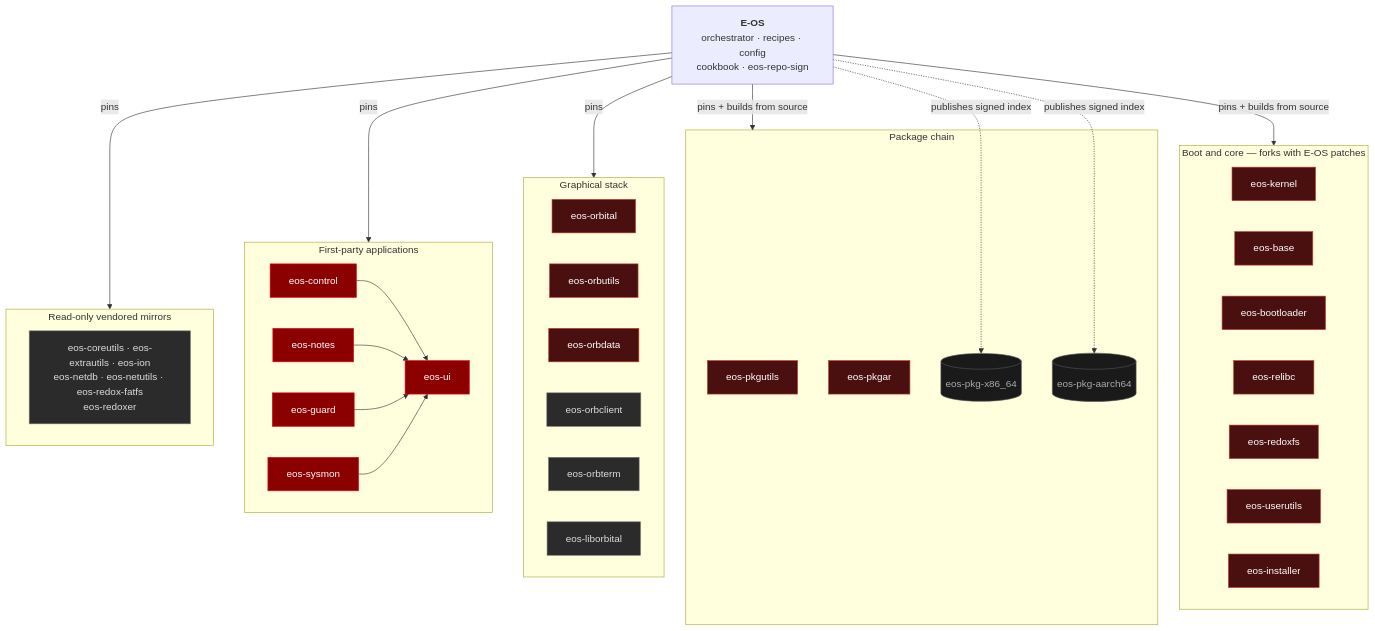
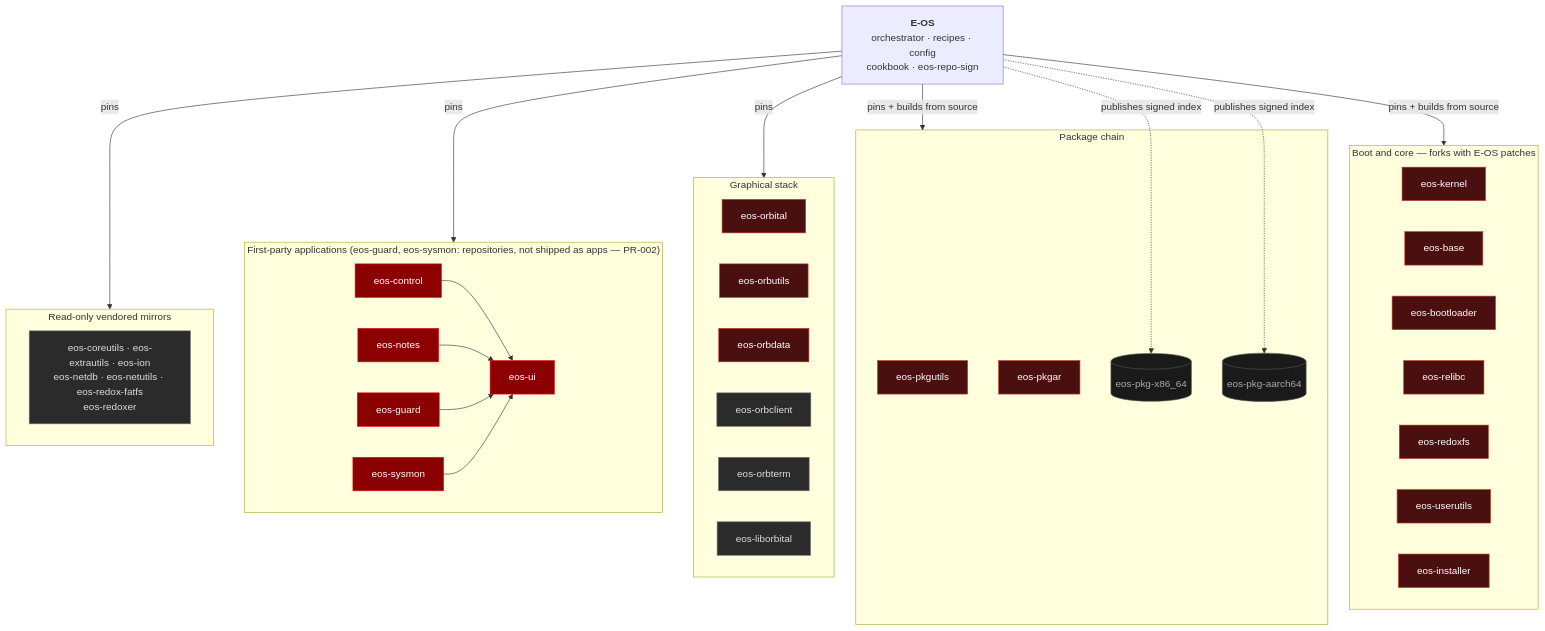
The first of 2 diagrams in README.md (Gh0s777tt/E-OS), drawn with Mermaid before and after one commit. The commit also changed other lines of this file and 3 other files, not shown here.

````diff
--- a/README.md
+++ b/README.md
@@ -67,59 +67,59 @@
 ```mermaid
 graph TD
   EOS["<b>E-OS</b><br/>orchestrator · recipes · config<br/>cookbook · eos-repo-sign"]
 
   subgraph CORE["Boot and core — forks with E-OS patches"]
     K[eos-kernel]:::c
     B[eos-base]:::c
     BL[eos-bootloader]:::c
     R[eos-relibc]:::c
     FS[eos-redoxfs]:::c
     UU[eos-userutils]:::c
     IN[eos-installer]:::c
   end
 
   subgraph PKG["Package chain"]
     PU[eos-pkgutils]:::c
     PA[eos-pkgar]:::c
     PX[(eos-pkg-x86_64)]:::d
     PAA[(eos-pkg-aarch64)]:::d
   end
 
   subgraph GUI["Graphical stack"]
     OB[eos-orbital]:::c
     OU[eos-orbutils]:::c
     OD[eos-orbdata]:::c
     OC[eos-orbclient]:::b
     OT[eos-orbterm]:::b
     LO[eos-liborbital]:::b
   end
 
-  subgraph APPS["First-party applications"]
+  subgraph APPS["First-party applications (eos-guard, eos-sysmon: repositories, not shipped as apps — PR-002)"]
     UI[eos-ui]:::a
     CTL[eos-control]:::a
     NTS[eos-notes]:::a
     GRD[eos-guard]:::a
     SYS[eos-sysmon]:::a
   end
 
   subgraph MIRR["Read-only vendored mirrors"]
     M["eos-coreutils · eos-extrautils · eos-ion<br/>eos-netdb · eos-netutils · eos-redox-fatfs<br/>eos-redoxer"]:::b
   end
 
   EOS -->|pins + builds from source| CORE
   EOS -->|pins + builds from source| PKG
   EOS -->|pins| GUI
   EOS -->|pins| APPS
   EOS -->|pins| MIRR
   EOS -.->|publishes signed index| PX
   EOS -.->|publishes signed index| PAA
   CTL --> UI
   NTS --> UI
   GRD --> UI
   SYS --> UI
 
   classDef a fill:#8b0000,stroke:#e50914,color:#fff
   classDef b fill:#2b2b2b,stroke:#777,color:#ddd
   classDef c fill:#4a1010,stroke:#c0392b,color:#fff
   classDef d fill:#1a1a1a,stroke:#555,color:#aaa
 ```
````
